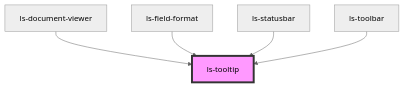
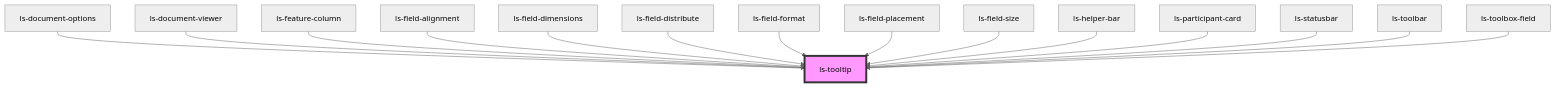
One commit to legalesign/ls-document-viewer changed the diagram in src/components/ls-tooltip/readme.md. Above: the diagram before and after it, drawn with Mermaid (neutral theme). The commit also changed other lines of this file and 34 other files, not shown here.

````diff
--- a/src/components/ls-tooltip/readme.md
+++ b/src/components/ls-tooltip/readme.md
@@ -41,8 +52,18 @@
 ```mermaid
 graph TD;
+  ls-document-options --> ls-tooltip
   ls-document-viewer --> ls-tooltip
+  ls-feature-column --> ls-tooltip
+  ls-field-alignment --> ls-tooltip
+  ls-field-dimensions --> ls-tooltip
+  ls-field-distribute --> ls-tooltip
   ls-field-format --> ls-tooltip
+  ls-field-placement --> ls-tooltip
+  ls-field-size --> ls-tooltip
+  ls-helper-bar --> ls-tooltip
+  ls-participant-card --> ls-tooltip
   ls-statusbar --> ls-tooltip
   ls-toolbar --> ls-tooltip
+  ls-toolbox-field --> ls-tooltip
   style ls-tooltip fill:#f9f,stroke:#333,stroke-width:4px
 ```
````
